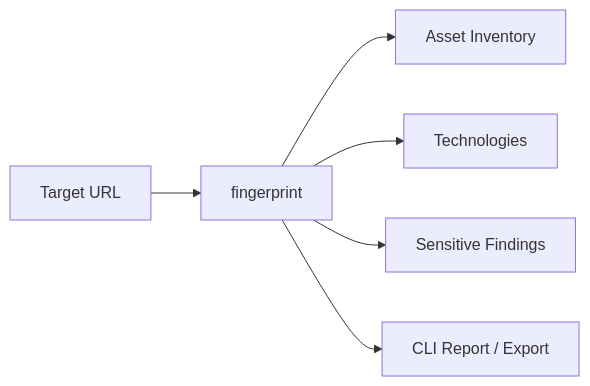
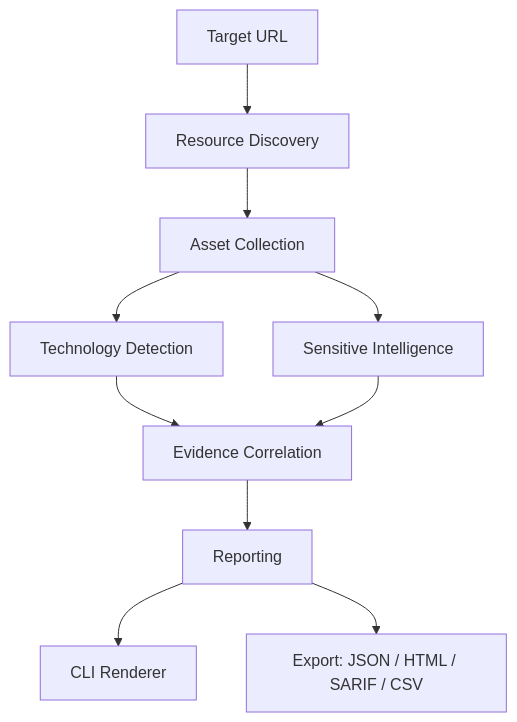
The diagram in README.md (Amirbarkhordari/TechSpecter), drawn with Mermaid before and after one commit. The commit also changed other lines of this file and 1 other file, not shown here.

````diff
--- a/README.md
+++ b/README.md
@@ -306,8 +101,12 @@
 ```mermaid
-flowchart LR
-    A[Target URL] --> B[fingerprint]
-    B --> C[Asset Inventory]
-    B --> D[Technologies]
-    B --> E[Sensitive Findings]
-    B --> F[CLI Report / Export]
+flowchart TB
+    T[Target URL] --> RD[Resource Discovery]
+    RD --> AC[Asset Collection]
+    AC --> TD[Technology Detection]
+    AC --> SI[Sensitive Intelligence]
+    TD --> EC[Evidence Correlation]
+    SI --> EC
+    EC --> R[Reporting]
+    R --> CLI[CLI Renderer]
+    R --> EXP[Export: JSON / HTML / SARIF / CSV]
 ```
````
